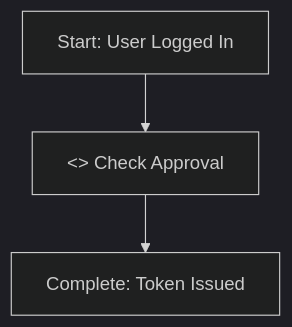
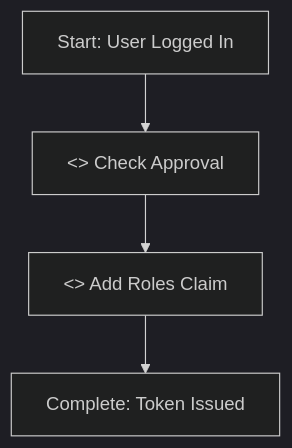
The diagram in auth0/README.md (ConservationMetrics/gc-deploy), drawn with Mermaid (dark theme) before and after one commit. The commit also changed other lines of this file and 1 other file, not shown here.

First line of the commit message:
Document auth0 RBAC requirements for syncing roles with Superset (#166)

````diff
--- a/auth0/README.md
+++ b/auth0/README.md
@@ -74,5 +97,6 @@
-    ```mermaid
-    graph TD
-    A[Start: User Logged In] --> B["<> Check Approval"]
-    B --> C[Complete: Token Issued]
-    ```
+```mermaid
+graph TD
+A[Start: User Logged In] --> B["<> Check Approval"]
+B --> C["<> Add Roles Claim"]
+C --> D[Complete: Token Issued]
+```
````
